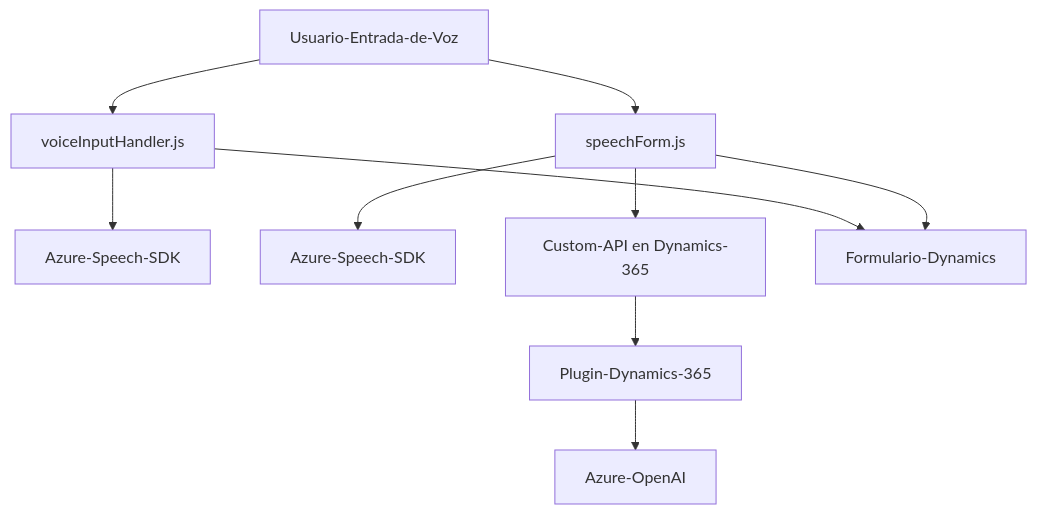
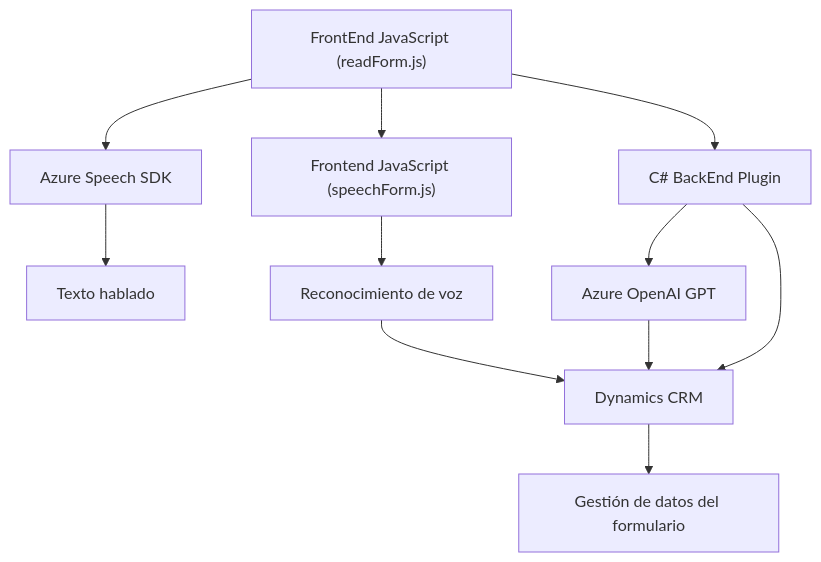
One commit to blopezdm/NETCORE_BILBAO2025 changed the diagram in README.md. Above: the diagram before and after it, drawn with Mermaid. The commit also changed other lines of this file, not shown here.

````diff
--- a/README.md
+++ b/README.md
@@ -41,14 +39,13 @@
 ```mermaid
 graph TD
-    UE["Usuario-Entrada-de-Voz"] --> JS1["voiceInputHandler.js"]
-    UE --> JS2["speechForm.js"]
-    JS1 --> Azure1["Azure-Speech-SDK"]
-    JS2 --> Azure2["Azure-Speech-SDK"]
-    JS2 --> API1["Custom-API en Dynamics-365"]
-
-    JS1 --> F["Formulario-Dynamics"]
-    JS2 --> F
-
-    API1 --> BE1["Plugin-Dynamics-365"]
-    BE1 --> Azure3["Azure-OpenAI"]
+    A["FrontEnd JavaScript (readForm.js)"] --> B["Azure Speech SDK"]
+    B --> C["Texto hablado"]
+    A --> D["Frontend JavaScript (speechForm.js)"]
+    A --> E["C# BackEnd Plugin"]
+    D --> F["Reconocimiento de voz"]
+    E --> G["Azure OpenAI GPT"]
+    E --> H["Dynamics CRM"]
+    H --> I["Gestión de datos del formulario"]
+    F --> H
+    G --> H
 ```
````
